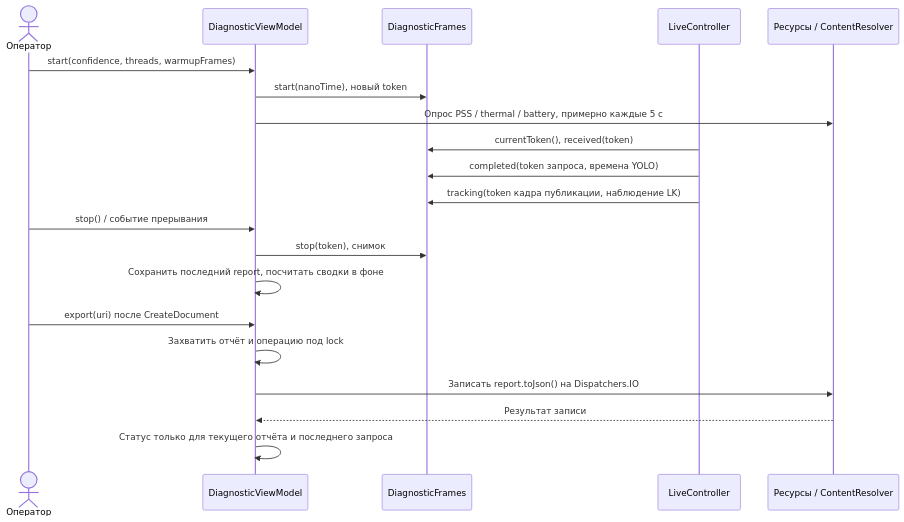
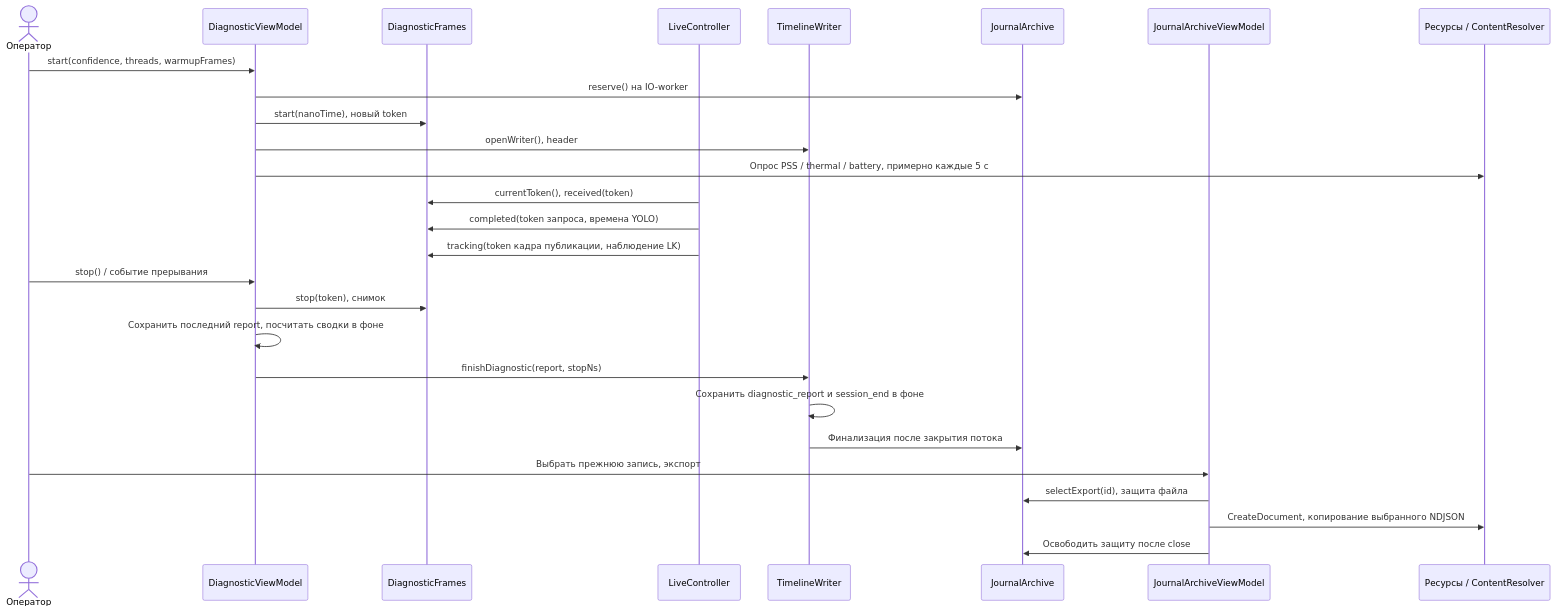
Before and after one commit to Kr1st10/drone-cv-android-prototype: the fifth of 5 diagrams in docs/internals/detection-lifecycle.md, drawn with Mermaid. The commit also changed other lines of this file and 16 other files, not shown here.

Commit message:
fix: persist complete diagnostics inside archived timeline sessions

````diff
--- a/docs/internals/detection-lifecycle.md
+++ b/docs/internals/detection-lifecycle.md
@@ -149,22 +149,29 @@
 ```mermaid
 sequenceDiagram
     actor U as Оператор
     participant VM as DiagnosticViewModel
     participant F as DiagnosticFrames
     participant C as LiveController
+    participant W as TimelineWriter
+    participant A as JournalArchive
+    participant J as JournalArchiveViewModel
     participant OS as Ресурсы / ContentResolver
     U->>VM: start(confidence, threads, warmupFrames)
+    VM->>A: reserve() на IO-worker
     VM->>F: start(nanoTime), новый token
+    VM->>W: openWriter(), header
     VM->>OS: Опрос PSS / thermal / battery, примерно каждые 5 с
     C->>F: currentToken(), received(token)
     C->>F: completed(token запроса, времена YOLO)
     C->>F: tracking(token кадра публикации, наблюдение LK)
     U->>VM: stop() / событие прерывания
     VM->>F: stop(token), снимок
     VM->>VM: Сохранить последний report, посчитать сводки в фоне
-    U->>VM: export(uri) после CreateDocument
-    VM->>VM: Захватить отчёт и операцию под lock
-    VM->>OS: Записать report.toJson() на Dispatchers.IO
-    OS-->>VM: Результат записи
-    VM->>VM: Статус только для текущего отчёта и последнего запроса
+    VM->>W: finishDiagnostic(report, stopNs)
+    W->>W: Сохранить diagnostic_report и session_end в фоне
+    W->>A: Финализация после закрытия потока
+    U->>J: Выбрать прежнюю запись, экспорт
+    J->>A: selectExport(id), защита файла
+    J->>OS: CreateDocument, копирование выбранного NDJSON
+    J->>A: Освободить защиту после close
 ```
````
